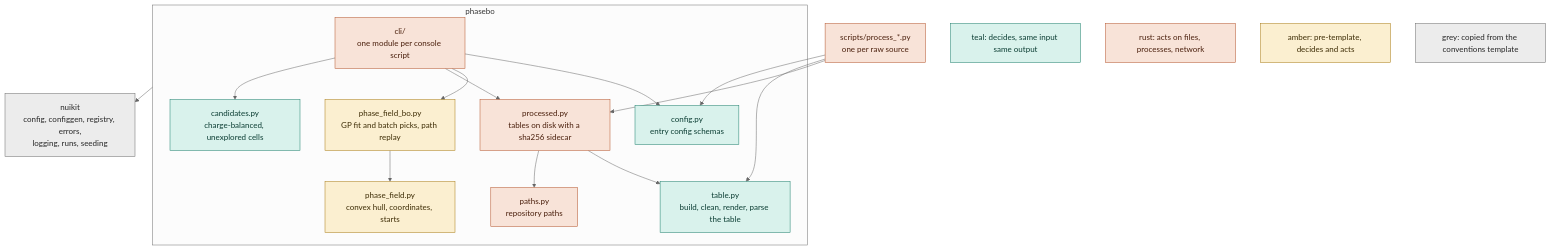
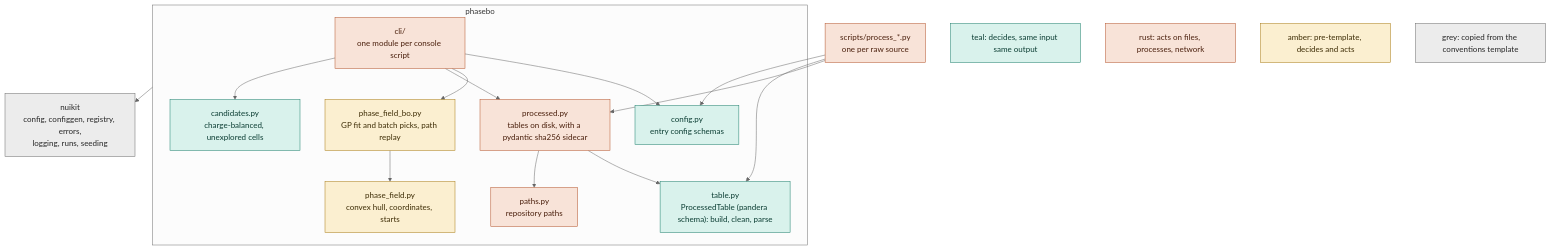
Before and after one commit to nuinashco/PhaseBO: the first of 2 diagrams in CONTRIBUTING.md, drawn with Mermaid (neutral theme). The commit also changed other lines of this file and 11 other files, not shown here.

Commit message:
refactor(data): validate tables with pandera, sidecars with pydantic

````diff
--- a/CONTRIBUTING.md
+++ b/CONTRIBUTING.md
@@ -9,34 +9,34 @@
 ```mermaid
 flowchart TD
     scripts["scripts/process_*.py<br/>one per raw source"]:::side
     subgraph project["phasebo"]
         cli["cli/<br/>one module per console script"]:::side
         config["config.py<br/>entry config schemas"]:::pure
         bo["phase_field_bo.py<br/>GP fit and batch picks, path replay"]:::legacy
         field["phase_field.py<br/>convex hull, coordinates, starts"]:::legacy
-        processed["processed.py<br/>tables on disk with a sha256 sidecar"]:::side
-        table["table.py<br/>build, clean, render, parse the table"]:::pure
+        processed["processed.py<br/>tables on disk, with a pydantic sha256 sidecar"]:::side
+        table["table.py<br/>ProcessedTable (pandera schema): build, clean, parse"]:::pure
         candidates["candidates.py<br/>charge-balanced, unexplored cells"]:::pure
         paths["paths.py<br/>repository paths"]:::side
         cli --> config
         cli --> bo
         cli --> processed
         cli --> candidates
         bo --> field
         processed --> table
         processed --> paths
     end
     scripts --> processed
     scripts --> table
     scripts --> config
     nuikit["nuikit<br/>config, configgen, registry, errors,<br/>logging, runs, seeding"]:::kit
     project --> nuikit
     pure["teal: decides, same input same output"]:::pure
     side["rust: acts on files, processes, network"]:::side
     legacy["amber: pre-template, decides and acts"]:::legacy
     kit["grey: copied from the conventions template"]:::kit
     classDef pure fill:#d9f2ec,stroke:#1b7f6b,color:#0b3d33
     classDef side fill:#f8e3d8,stroke:#b4532a,color:#4a1f0c
     classDef legacy fill:#fbefd0,stroke:#a77a12,color:#3d2c05
     classDef kit fill:#ececec,stroke:#6b6b6b,color:#262626
 ```
````
